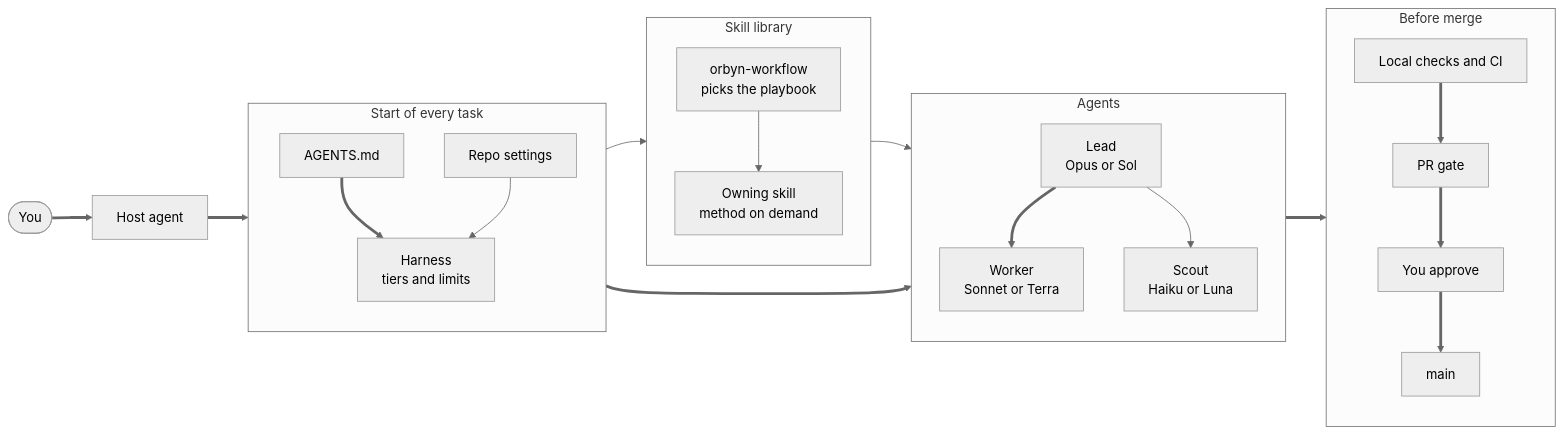
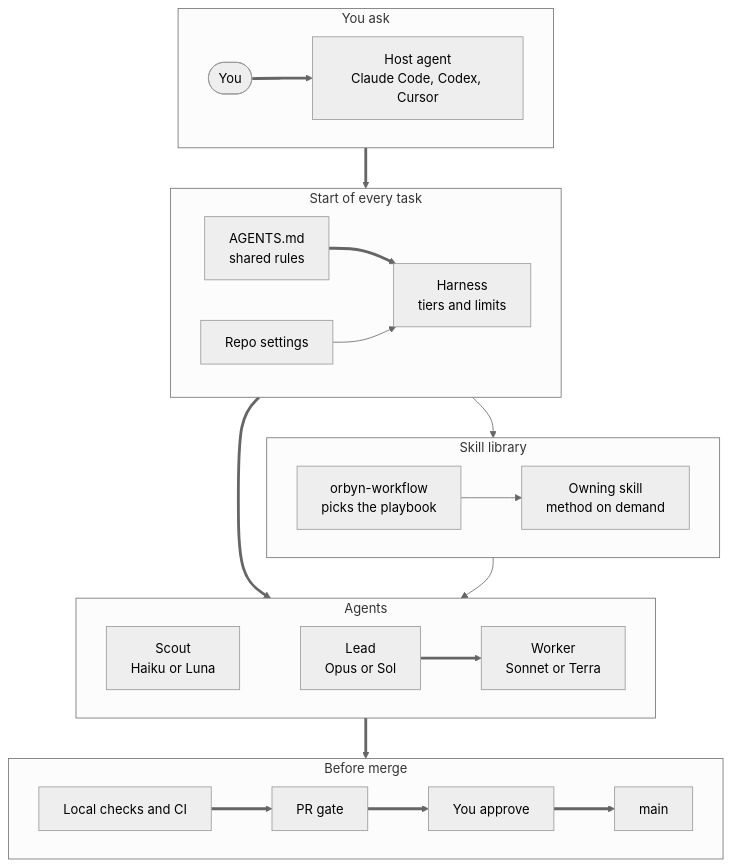
The first of 3 diagrams in README.md (kinqsradio/orbyn-fullstack-skills), drawn with Mermaid (neutral theme) before and after one commit.

Commit message:
docs(readme): lay the stack diagram out in rows
Connect the groups rather than their nodes, so each group keeps its own layout
and the labels stay readable.

````diff
--- a/README.md
+++ b/README.md
@@ -64,29 +64,32 @@
 ```mermaid
-flowchart LR
+flowchart TB
   accTitle: How Orbyn skills run
-  accDescr: A request goes from you to the host agent, then AGENTS.md and the harness, to a lead that briefs scouts and workers. The skill library guides the lead. The change passes local checks, CI, the PR gate and your approval before reaching main.
-  you(["You"]) ==> host["Host agent"]
+  accDescr: You ask the host agent. AGENTS.md and the harness resolve the rules and limits, and the skill library supplies the method. A lead briefs scouts and workers. The change then passes local checks, CI, the PR gate and your approval before reaching main.
+  subgraph ask["You ask"]
+    direction LR
+    you(["You"]) ==> host["Host agent<br/>Claude Code, Codex, Cursor"]
+  end
   subgraph start["Start of every task"]
-    direction TB
-    rules["AGENTS.md"] ==> harness["Harness<br/>tiers and limits"]
+    direction LR
+    rules["AGENTS.md<br/>shared rules"] ==> harness["Harness<br/>tiers and limits"]
     settings["Repo settings"] --> harness
   end
   subgraph library["Skill library"]
-    direction TB
+    direction LR
     workflow["orbyn-workflow<br/>picks the playbook"] --> skill["Owning skill<br/>method on demand"]
   end
   subgraph agents["Agents"]
-    direction TB
-    lead["Lead<br/>Opus or Sol"] ==> worker["Worker<br/>Sonnet or Terra"]
-    lead --> scout["Scout<br/>Haiku or Luna"]
+    direction LR
+    scout["Scout<br/>Haiku or Luna"] ~~~ lead["Lead<br/>Opus or Sol"]
+    lead ==> worker["Worker<br/>Sonnet or Terra"]
   end
   subgraph merge["Before merge"]
-    direction TB
+    direction LR
     checks["Local checks and CI"] ==> gate["PR gate"] ==> review["You approve"] ==> main["main"]
   end
-  host ==> rules
-  rules --> workflow
-  harness ==> lead
-  skill --> lead
-  worker ==> checks
+  ask ==> start
+  start --> library
+  start ==> agents
+  library --> agents
+  agents ==> merge
 ```
````
